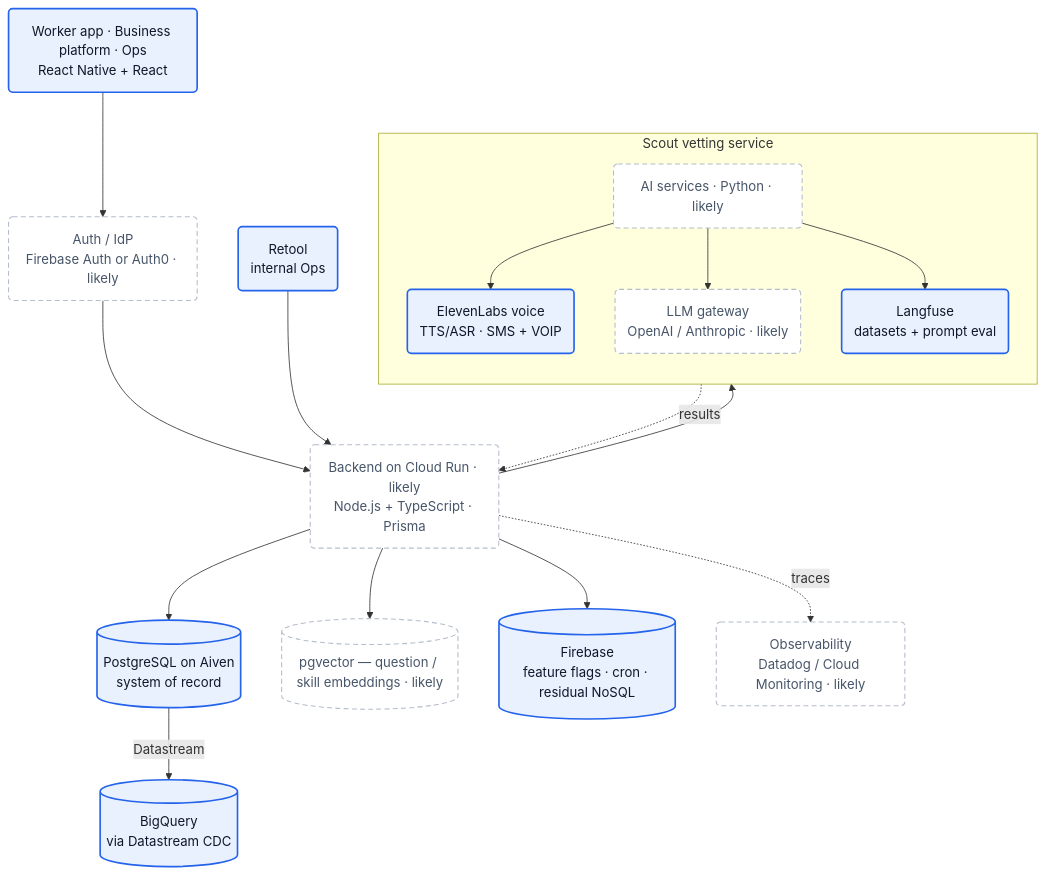
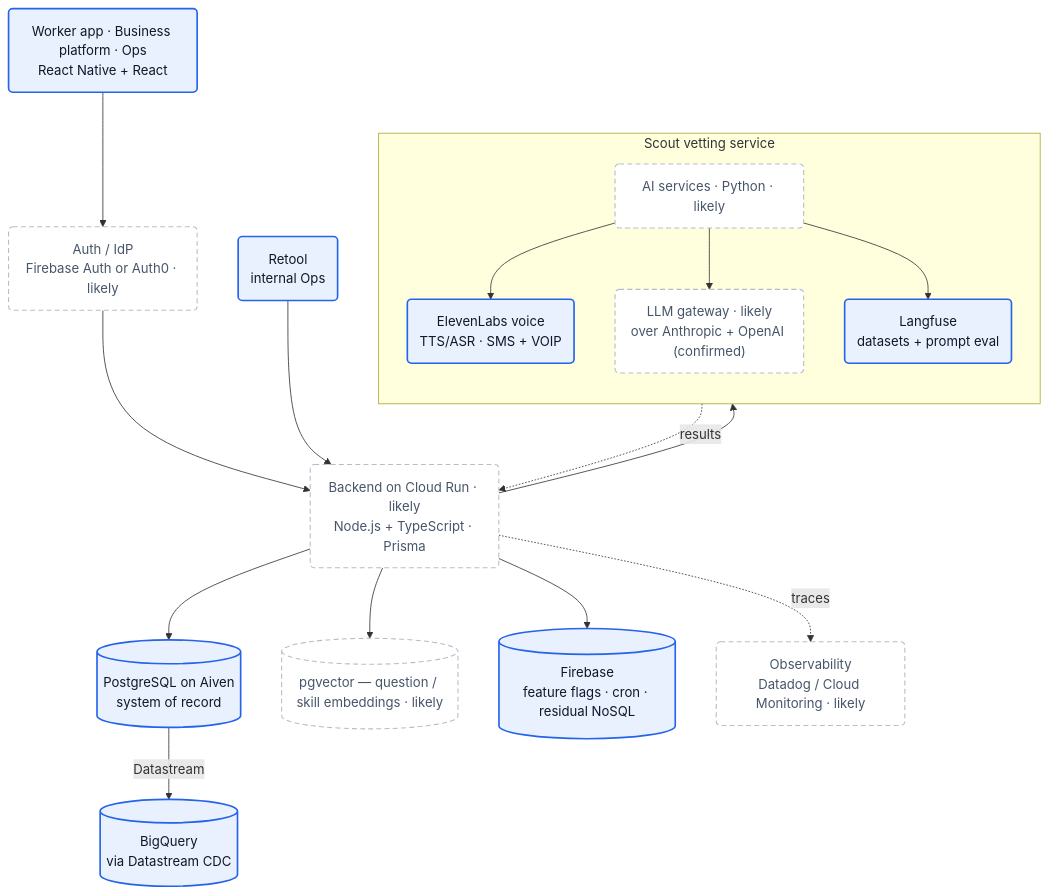
Before and after one commit to aillusions/zalizniak.com: the third of 3 diagrams in src/content/docs/teardowns/traba.md, drawn with Mermaid. The commit also changed other lines of this file and 2 other files, not shown here.

````diff
--- a/src/content/docs/teardowns/traba.md
+++ b/src/content/docs/teardowns/traba.md
@@ -254,37 +264,37 @@
 ```mermaid
 flowchart TB
   classDef verified fill:#e8f1fd,stroke:#2563eb,stroke-width:2px,color:#0f172a;
   classDef spec fill:#ffffff,stroke:#b4bdca,stroke-width:1.3px,stroke-dasharray:6 4,color:#475569;
 
   Clients("Worker app · Business platform · Ops<br/>React Native + React"):::verified
   Auth("Auth / IdP<br/>Firebase Auth or Auth0 · likely"):::spec
   Compute("Backend on Cloud Run · likely<br/>Node.js + TypeScript · Prisma"):::spec
   PG[("PostgreSQL on Aiven<br/>system of record")]:::verified
   Vec[("pgvector — question / skill embeddings · likely")]:::spec
   FB[("Firebase<br/>feature flags · cron · residual NoSQL")]:::verified
   BQ[("BigQuery<br/>via Datastream CDC")]:::verified
   Retool("Retool<br/>internal Ops"):::verified
 
   subgraph Vetting["Scout vetting service"]
     direction TB
     Py("AI services · Python · likely"):::spec
     EL("ElevenLabs voice<br/>TTS/ASR · SMS + VOIP"):::verified
-    LLM("LLM gateway<br/>OpenAI / Anthropic · likely"):::spec
+    LLM("LLM gateway · likely<br/>over Anthropic + OpenAI (confirmed)"):::spec
     LF("Langfuse<br/>datasets + prompt eval"):::verified
     Py --> EL
     Py --> LLM
     Py --> LF
   end
 
   Obs("Observability<br/>Datadog / Cloud Monitoring · likely"):::spec
 
   Clients --> Auth --> Compute
   Compute --> PG
   Compute --> FB
   Compute --> Vec
   Compute --> Vetting
   Retool --> Compute
   PG -- "Datastream" --> BQ
   Compute -. traces .-> Obs
   Vetting -. results .-> Compute
 ```
````
